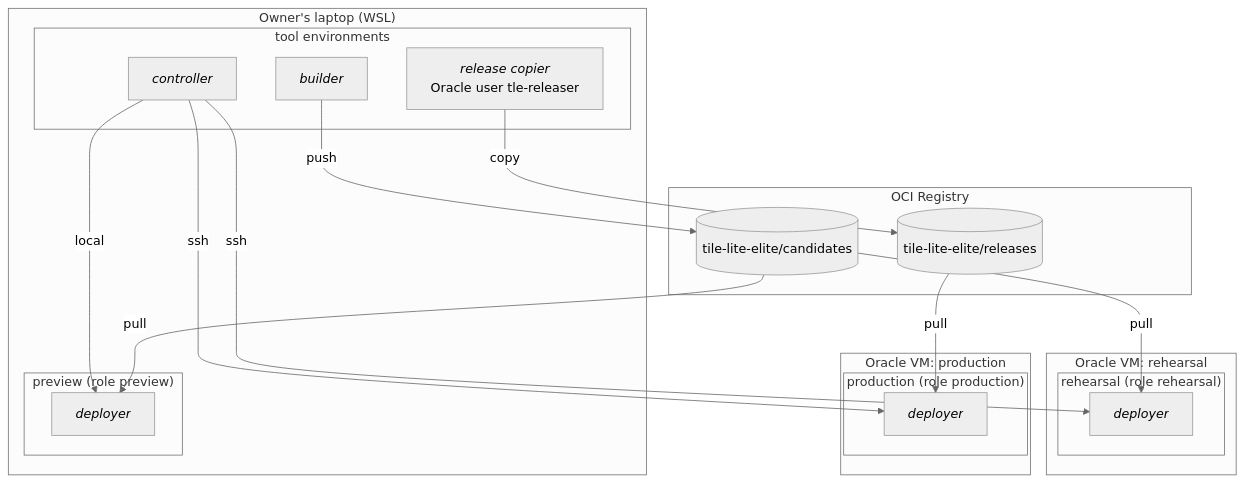
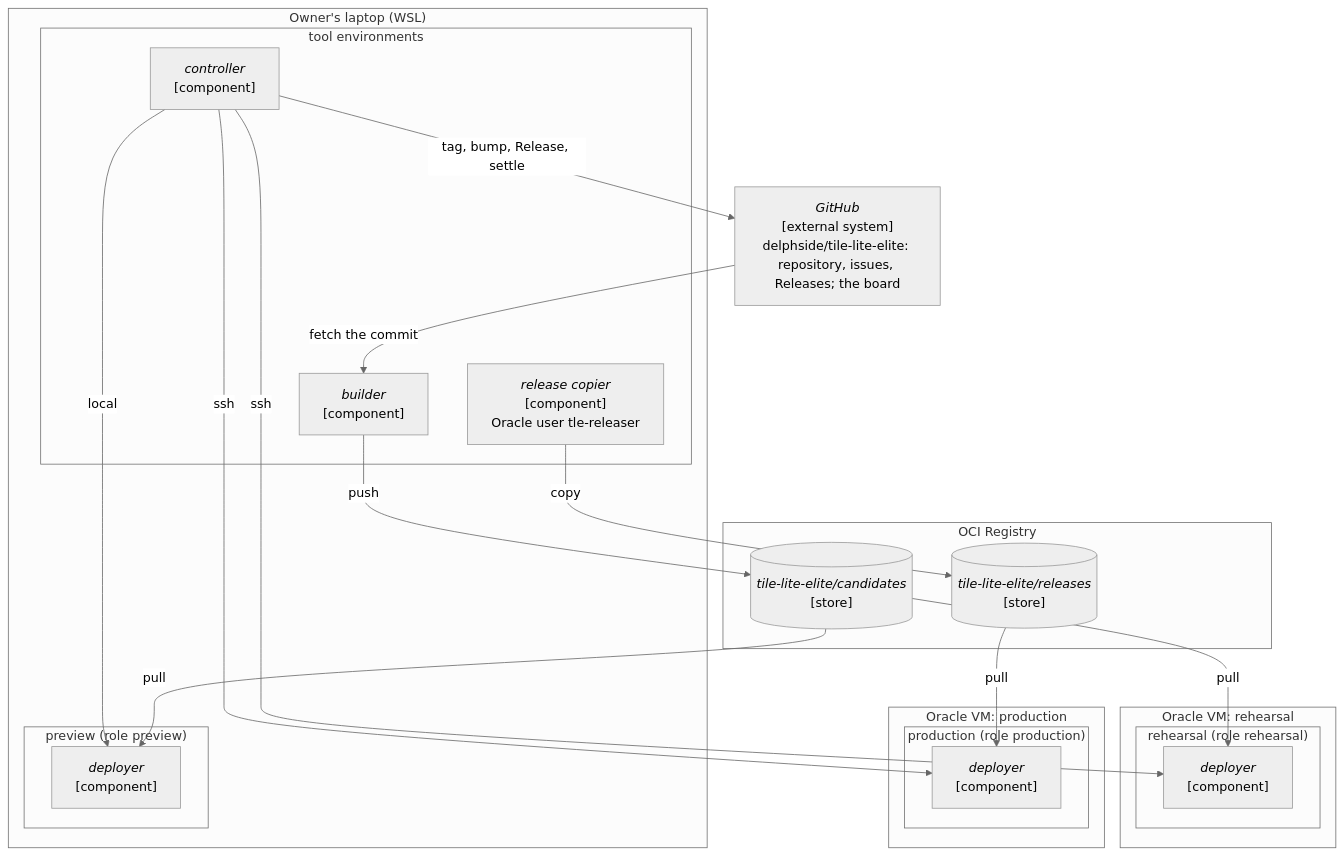
The third of 5 diagrams in records/2.5-changes/programme-tooling/117-generic-deliver-tool/design.md (delphside/programme), drawn with Mermaid (neutral theme) before and after one commit. The commit also changed other lines of this file, not shown here.

First line of the commit message:
Change 117: design diagrams label each box C4's way, and show GitHub

````diff
--- a/records/2.5-changes/programme-tooling/117-generic-deliver-tool/design.md
+++ b/records/2.5-changes/programme-tooling/117-generic-deliver-tool/design.md
@@ -140,35 +140,38 @@
 ```mermaid
 flowchart TB
   subgraph LAPTOP["Owner's laptop (WSL)"]
     subgraph TOOLS["tool environments"]
-      CTL["<i>controller</i>"]
-      BLD["<i>builder</i>"]
-      COPY["<i>release copier</i><br>Oracle user tle-releaser"]
+      CTL["<i>controller</i><br>[component]"]
+      BLD["<i>builder</i><br>[component]"]
+      COPY["<i>release copier</i><br>[component]<br>Oracle user tle-releaser"]
     end
     subgraph PREV["preview (role preview)"]
-      DEPP["<i>deployer</i>"]
+      DEPP["<i>deployer</i><br>[component]"]
     end
   end
   subgraph REHVM["Oracle VM: rehearsal"]
     subgraph REH["rehearsal (role rehearsal)"]
-      DEPR["<i>deployer</i>"]
+      DEPR["<i>deployer</i><br>[component]"]
     end
   end
   subgraph PRODVM["Oracle VM: production"]
     subgraph PROD["production (role production)"]
-      DEPX["<i>deployer</i>"]
+      DEPX["<i>deployer</i><br>[component]"]
     end
   end
   subgraph OCIR["OCI Registry"]
-    CAND[("tile-lite-elite/candidates")]
-    REL[("tile-lite-elite/releases")]
+    CAND[("<i>tile-lite-elite/candidates</i><br>[store]")]
+    REL[("<i>tile-lite-elite/releases</i><br>[store]")]
   end
+  GH["<i>GitHub</i><br>[external system]<br>delphside/tile-lite-elite: repository, issues, Releases; the board"]
+  GH -->|"fetch the commit"| BLD
+  CTL -->|"tag, bump, Release, settle"| GH
   BLD -->|push| CAND
   COPY -->|copy| REL
   CTL -->|local| DEPP
   CTL -->|ssh| DEPR
   CTL -->|ssh| DEPX
   CAND -->|pull| DEPP
   CAND -->|pull| DEPR
   REL -->|pull| DEPX
 ```
````
